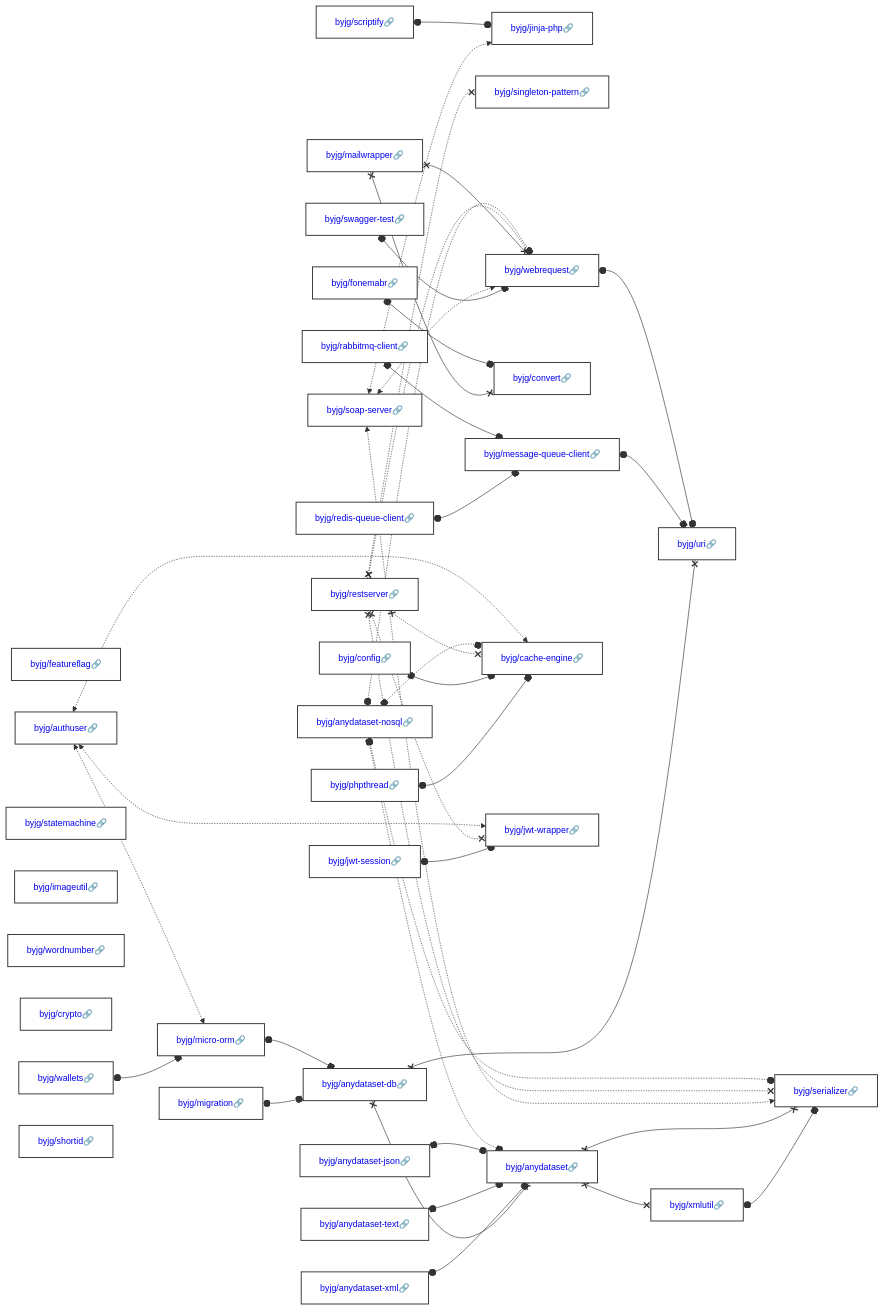
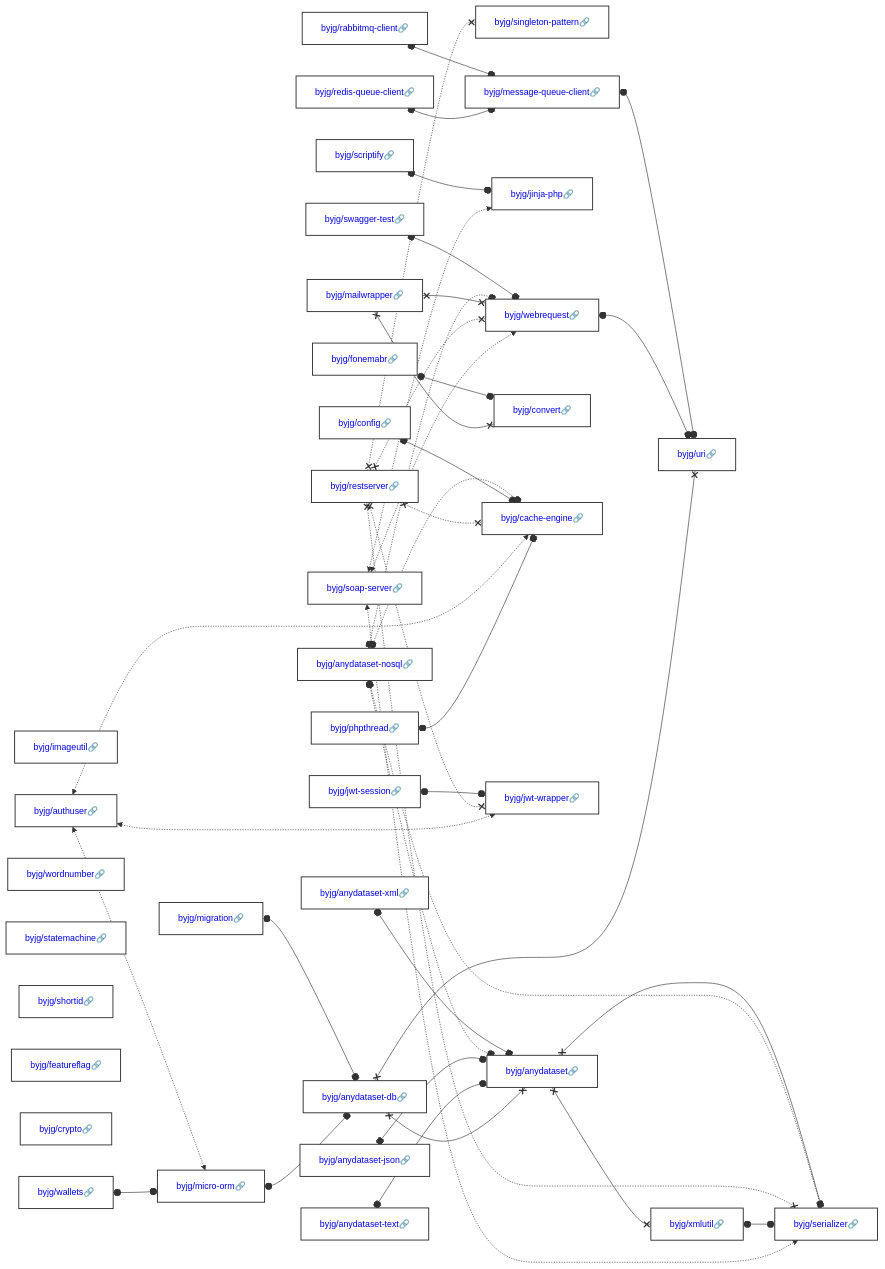
Before and after one commit to byjg/byjg.github.io: the diagram in docs/php/README.md, drawn with Mermaid. The commit also changed other lines of this file and 1 other file, not shown here.

Commit message:
Update documentation 'php' 'php-serializer'

````diff
--- a/docs/php/README.md
+++ b/docs/php/README.md
@@ -3,34 +3,34 @@
 ```mermaid
 graph LR;
+  byjg/swagger-test[<a href='https://opensource.byjg.com/docs/php/swagger-test' style='text-decoration:none'>byjg/swagger-test🔗</a>];
+  byjg/migration[<a href='https://opensource.byjg.com/docs/php/migration' style='text-decoration:none'>byjg/migration🔗</a>];
+  byjg/jwt-session[<a href='https://opensource.byjg.com/docs/php/jwt-session' style='text-decoration:none'>byjg/jwt-session🔗</a>];
+  byjg/restserver[<a href='https://opensource.byjg.com/docs/php/restserver' style='text-decoration:none'>byjg/restserver🔗</a>];
+  byjg/scriptify[<a href='https://opensource.byjg.com/docs/php/scriptify' style='text-decoration:none'>byjg/scriptify🔗</a>];
+  byjg/rabbitmq-client[<a href='https://opensource.byjg.com/docs/php/rabbitmq-client' style='text-decoration:none'>byjg/rabbitmq-client🔗</a>];
+  byjg/imageutil[<a href='https://opensource.byjg.com/docs/php/imageutil' style='text-decoration:none'>byjg/imageutil🔗</a>];
+  byjg/redis-queue-client[<a href='https://opensource.byjg.com/docs/php/redis-queue-client' style='text-decoration:none'>byjg/redis-queue-client🔗</a>];
+  byjg/mailwrapper[<a href='https://opensource.byjg.com/docs/php/mailwrapper' style='text-decoration:none'>byjg/mailwrapper🔗</a>];
+  byjg/anydataset-nosql[<a href='https://opensource.byjg.com/docs/php/anydataset-nosql' style='text-decoration:none'>byjg/anydataset-nosql🔗</a>];
+  byjg/wallets[<a href='https://opensource.byjg.com/docs/php/wallets' style='text-decoration:none'>byjg/wallets🔗</a>];
+  byjg/soap-server[<a href='https://opensource.byjg.com/docs/php/soap-server' style='text-decoration:none'>byjg/soap-server🔗</a>];
+  byjg/wordnumber[<a href='https://opensource.byjg.com/docs/php/wordnumber' style='text-decoration:none'>byjg/wordnumber🔗</a>];
+  byjg/fonemabr[<a href='https://opensource.byjg.com/docs/php/fonemabr' style='text-decoration:none'>byjg/fonemabr🔗</a>];
+  byjg/statemachine[<a href='https://opensource.byjg.com/docs/php/statemachine' style='text-decoration:none'>byjg/statemachine🔗</a>];
   byjg/anydataset-text[<a href='https://opensource.byjg.com/docs/php/anydataset-text' style='text-decoration:none'>byjg/anydataset-text🔗</a>];
-  byjg/anydataset-nosql[<a href='https://opensource.byjg.com/docs/php/anydataset-nosql' style='text-decoration:none'>byjg/anydataset-nosql🔗</a>];
-  byjg/soap-server[<a href='https://opensource.byjg.com/docs/php/soap-server' style='text-decoration:none'>byjg/soap-server🔗</a>];
-  byjg/scriptify[<a href='https://opensource.byjg.com/docs/php/scriptify' style='text-decoration:none'>byjg/scriptify🔗</a>];
   byjg/anydataset-xml[<a href='https://opensource.byjg.com/docs/php/anydataset-xml' style='text-decoration:none'>byjg/anydataset-xml🔗</a>];
+  byjg/config[<a href='https://opensource.byjg.com/docs/php/config' style='text-decoration:none'>byjg/config🔗</a>];
+  byjg/shortid[<a href='https://opensource.byjg.com/docs/php/shortid' style='text-decoration:none'>byjg/shortid🔗</a>];
   byjg/featureflag[<a href='https://opensource.byjg.com/docs/php/featureflag' style='text-decoration:none'>byjg/featureflag🔗</a>];
-  byjg/wallets[<a href='https://opensource.byjg.com/docs/php/wallets' style='text-decoration:none'>byjg/wallets🔗</a>];
-  byjg/redis-queue-client[<a href='https://opensource.byjg.com/docs/php/redis-queue-client' style='text-decoration:none'>byjg/redis-queue-client🔗</a>];
-  byjg/restserver[<a href='https://opensource.byjg.com/docs/php/restserver' style='text-decoration:none'>byjg/restserver🔗</a>];
-  byjg/rabbitmq-client[<a href='https://opensource.byjg.com/docs/php/rabbitmq-client' style='text-decoration:none'>byjg/rabbitmq-client🔗</a>];
+  byjg/crypto[<a href='https://opensource.byjg.com/docs/php/crypto' style='text-decoration:none'>byjg/crypto🔗</a>];
+  byjg/anydataset-json[<a href='https://opensource.byjg.com/docs/php/anydataset-json' style='text-decoration:none'>byjg/anydataset-json🔗</a>];
   byjg/phpthread[<a href='https://opensource.byjg.com/docs/php/phpthread' style='text-decoration:none'>byjg/phpthread🔗</a>];
-  byjg/fonemabr[<a href='https://opensource.byjg.com/docs/php/fonemabr' style='text-decoration:none'>byjg/fonemabr🔗</a>];
-  byjg/migration[<a href='https://opensource.byjg.com/docs/php/migration' style='text-decoration:none'>byjg/migration🔗</a>];
-  byjg/statemachine[<a href='https://opensource.byjg.com/docs/php/statemachine' style='text-decoration:none'>byjg/statemachine🔗</a>];
-  byjg/imageutil[<a href='https://opensource.byjg.com/docs/php/imageutil' style='text-decoration:none'>byjg/imageutil🔗</a>];
-  byjg/swagger-test[<a href='https://opensource.byjg.com/docs/php/swagger-test' style='text-decoration:none'>byjg/swagger-test🔗</a>];
-  byjg/jwt-session[<a href='https://opensource.byjg.com/docs/php/jwt-session' style='text-decoration:none'>byjg/jwt-session🔗</a>];
-  byjg/config[<a href='https://opensource.byjg.com/docs/php/config' style='text-decoration:none'>byjg/config🔗</a>];
-  byjg/anydataset-json[<a href='https://opensource.byjg.com/docs/php/anydataset-json' style='text-decoration:none'>byjg/anydataset-json🔗</a>];
-  byjg/wordnumber[<a href='https://opensource.byjg.com/docs/php/wordnumber' style='text-decoration:none'>byjg/wordnumber🔗</a>];
-  byjg/crypto[<a href='https://opensource.byjg.com/docs/php/crypto' style='text-decoration:none'>byjg/crypto🔗</a>];
-  byjg/mailwrapper[<a href='https://opensource.byjg.com/docs/php/mailwrapper' style='text-decoration:none'>byjg/mailwrapper🔗</a>];
   byjg/authuser[<a href='https://opensource.byjg.com/docs/php/authuser' style='text-decoration:none'>byjg/authuser🔗</a>];
-  byjg/shortid[<a href='https://opensource.byjg.com/docs/php/shortid' style='text-decoration:none'>byjg/shortid🔗</a>];
-  byjg/jinja-php[<a href='https://opensource.byjg.com/docs/php/jinja-php' style='text-decoration:none'>byjg/jinja-php🔗</a>];
   byjg/singleton-pattern[<a href='https://opensource.byjg.com/docs/php/singleton-pattern' style='text-decoration:none'>byjg/singleton-pattern🔗</a>];
   byjg/message-queue-client[<a href='https://opensource.byjg.com/docs/php/message-queue-client' style='text-decoration:none'>byjg/message-queue-client🔗</a>];
+  byjg/jinja-php[<a href='https://opensource.byjg.com/docs/php/jinja-php' style='text-decoration:none'>byjg/jinja-php🔗</a>];
+  byjg/webrequest[<a href='https://opensource.byjg.com/docs/php/webrequest' style='text-decoration:none'>byjg/webrequest🔗</a>];
   byjg/convert[<a href='https://opensource.byjg.com/docs/php/convert' style='text-decoration:none'>byjg/convert🔗</a>];
-  byjg/webrequest[<a href='https://opensource.byjg.com/docs/php/webrequest' style='text-decoration:none'>byjg/webrequest🔗</a>];
   byjg/micro-orm[<a href='https://opensource.byjg.com/docs/php/micro-orm' style='text-decoration:none'>byjg/micro-orm🔗</a>];
   byjg/cache-engine[<a href='https://opensource.byjg.com/docs/php/cache-engine' style='text-decoration:none'>byjg/cache-engine🔗</a>];
   byjg/jwt-wrapper[<a href='https://opensource.byjg.com/docs/php/jwt-wrapper' style='text-decoration:none'>byjg/jwt-wrapper🔗</a>];
@@ -39,44 +39,44 @@
   byjg/uri[<a href='https://opensource.byjg.com/docs/php/uri' style='text-decoration:none'>byjg/uri🔗</a>];
   byjg/xmlutil[<a href='https://opensource.byjg.com/docs/php/xmlutil' style='text-decoration:none'>byjg/xmlutil🔗</a>];
   byjg/serializer[<a href='https://opensource.byjg.com/docs/php/serializer' style='text-decoration:none'>byjg/serializer🔗</a>];
-  byjg/xmlutil o--o byjg/serializer;
-  byjg/anydataset x--x byjg/serializer;
-  byjg/anydataset x--x byjg/xmlutil;
-  byjg/wallets o--o byjg/micro-orm;
-  byjg/swagger-test o--o byjg/webrequest;
-  byjg/anydataset-db x--x byjg/anydataset;
-  byjg/anydataset-db x--x byjg/uri;
-  byjg/message-queue-client o--o byjg/uri;
   byjg/soap-server <-.-> byjg/jinja-php;
   byjg/soap-server <-.-> byjg/webrequest;
   byjg/soap-server <-.-> byjg/serializer;
-  byjg/mailwrapper x--x byjg/convert;
-  byjg/mailwrapper x--x byjg/webrequest;
+  byjg/xmlutil o--o byjg/serializer;
+  byjg/micro-orm o--o byjg/anydataset-db;
+  byjg/wallets o--o byjg/micro-orm;
   byjg/phpthread o--o byjg/cache-engine;
-  byjg/scriptify o--o byjg/jinja-php;
+  byjg/authuser <-.-> byjg/micro-orm;
+  byjg/authuser <-.-> byjg/cache-engine;
+  byjg/authuser <-.-> byjg/jwt-wrapper;
+  byjg/redis-queue-client o--o byjg/message-queue-client;
+  byjg/anydataset-db x--x byjg/anydataset;
+  byjg/anydataset-db x--x byjg/uri;
   byjg/webrequest o--o byjg/uri;
-  byjg/jwt-session o--o byjg/jwt-wrapper;
-  byjg/fonemabr o--o byjg/convert;
-  byjg/redis-queue-client o--o byjg/message-queue-client;
-  byjg/anydataset-xml o--o byjg/anydataset;
-  byjg/anydataset-text o--o byjg/anydataset;
-  byjg/rabbitmq-client o--o byjg/message-queue-client;
-  byjg/config o--o byjg/cache-engine;
   byjg/restserver x-.-x byjg/serializer;
   byjg/restserver x-.-x byjg/singleton-pattern;
   byjg/restserver x-.-x byjg/cache-engine;
   byjg/restserver x-.-x byjg/webrequest;
   byjg/restserver x-.-x byjg/jwt-wrapper;
+  byjg/mailwrapper x--x byjg/convert;
+  byjg/mailwrapper x--x byjg/webrequest;
+  byjg/rabbitmq-client o--o byjg/message-queue-client;
+  byjg/config o--o byjg/cache-engine;
+  byjg/fonemabr o--o byjg/convert;
+  byjg/anydataset-text o--o byjg/anydataset;
   byjg/anydataset-json o--o byjg/anydataset;
-  byjg/migration o--o byjg/anydataset-db;
   byjg/anydataset-nosql o-.-o byjg/anydataset;
   byjg/anydataset-nosql o-.-o byjg/serializer;
   byjg/anydataset-nosql o-.-o byjg/webrequest;
   byjg/anydataset-nosql o-.-o byjg/cache-engine;
-  byjg/authuser <-.-> byjg/micro-orm;
-  byjg/authuser <-.-> byjg/cache-engine;
-  byjg/authuser <-.-> byjg/jwt-wrapper;
-  byjg/micro-orm o--o byjg/anydataset-db;
+  byjg/swagger-test o--o byjg/webrequest;
+  byjg/anydataset-xml o--o byjg/anydataset;
+  byjg/message-queue-client o--o byjg/uri;
+  byjg/scriptify o--o byjg/jinja-php;
+  byjg/anydataset x--x byjg/serializer;
+  byjg/anydataset x--x byjg/xmlutil;
+  byjg/migration o--o byjg/anydataset-db;
+  byjg/jwt-session o--o byjg/jwt-wrapper;
   classDef default fill:#ffffff,stroke:#333,stroke-width:1.5px,color:#000,font-size:14px;
   classDef highlight fill:#ffef96,stroke:#ff9900,stroke-width:3px;
   classDef deprecated fill:#f8f8f8,stroke:#cccccc,stroke-dasharray: 5 5,stroke-width:1px,color:#999;
````
